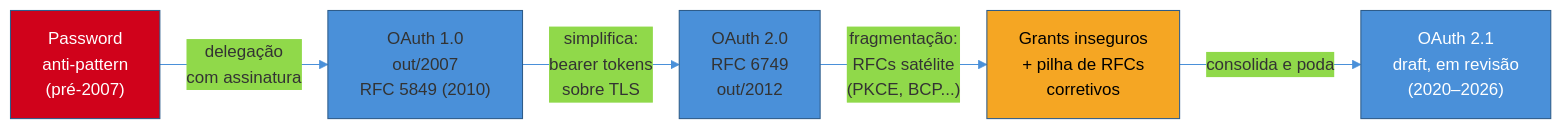
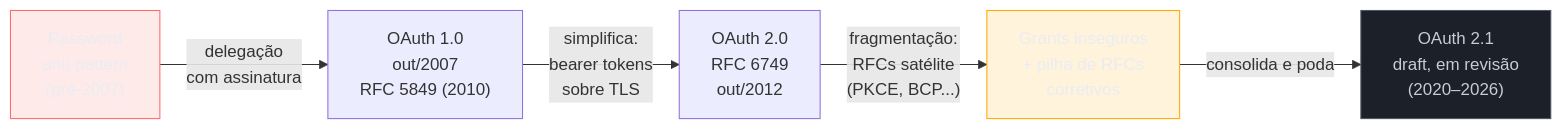
One commit to josenaldo/codex-technomanticus changed the second of 2 diagrams in 03-Dominios/Engenharia/Auth e Identidade/2 - OAuth 2.1 e OpenID Connect/01 - OAuth — o problema da delegação.md. Above: the diagram before and after it, drawn with Mermaid. The commit also changed other lines of this file and 1181 other files, not shown here.

First line of the commit message:
fix(diagramas): paleta do sistema no lugar de cor cravada no markdown

````diff
--- a/03-Dominios/Engenharia/Auth e Identidade/2 - OAuth 2.1 e OpenID Connect/01 - OAuth — o problema da delegação.md
+++ b/03-Dominios/Engenharia/Auth e Identidade/2 - OAuth 2.1 e OpenID Connect/01 - OAuth — o problema da delegação.md
@@ -114,12 +115,14 @@
 ```mermaid
-%%{init: {"theme": "base", "themeVariables": {"primaryColor": "#4A90D9", "primaryBorderColor": "#2E5C8A", "lineColor": "#4A90D9"}}}%%
 graph LR
+    classDef falha fill:#FF6B6B24,stroke:#FF6B6B,color:#E9ECF2
+    classDef destaque fill:#FFAA0024,stroke:#FFAA00,color:#E9ECF2
+    classDef neutro fill:#1B2029,stroke:#4E5666,color:#C6CCD8
     P["Password<br/>anti-pattern<br/>(pré-2007)"] -->|"delegação<br/>com assinatura"| V1["OAuth 1.0<br/>out/2007<br/>RFC 5849 (2010)"]
     V1 -->|"simplifica:<br/>bearer tokens<br/>sobre TLS"| V2["OAuth 2.0<br/>RFC 6749<br/>out/2012"]
     V2 -->|"fragmentação:<br/>RFCs satélite<br/>(PKCE, BCP...)"| SAT["Grants inseguros<br/>+ pilha de RFCs<br/>corretivos"]
     SAT -->|"consolida e poda"| V21["OAuth 2.1<br/>draft, em revisão<br/>(2020–2026)"]
 
-    style P fill:#D0021B,color:#fff
-    style SAT fill:#F5A623,color:#000
-    style V21 fill:#4A90D9,color:#fff
+    class P falha
+    class SAT destaque
+    class V21 neutro
 ```
````
